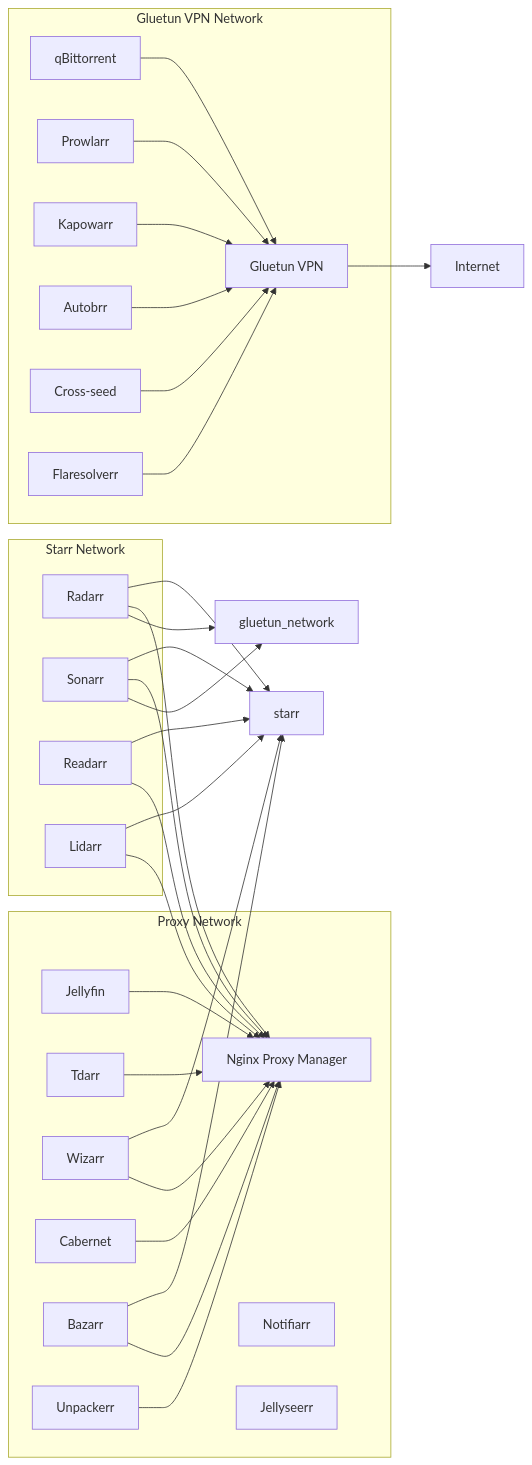
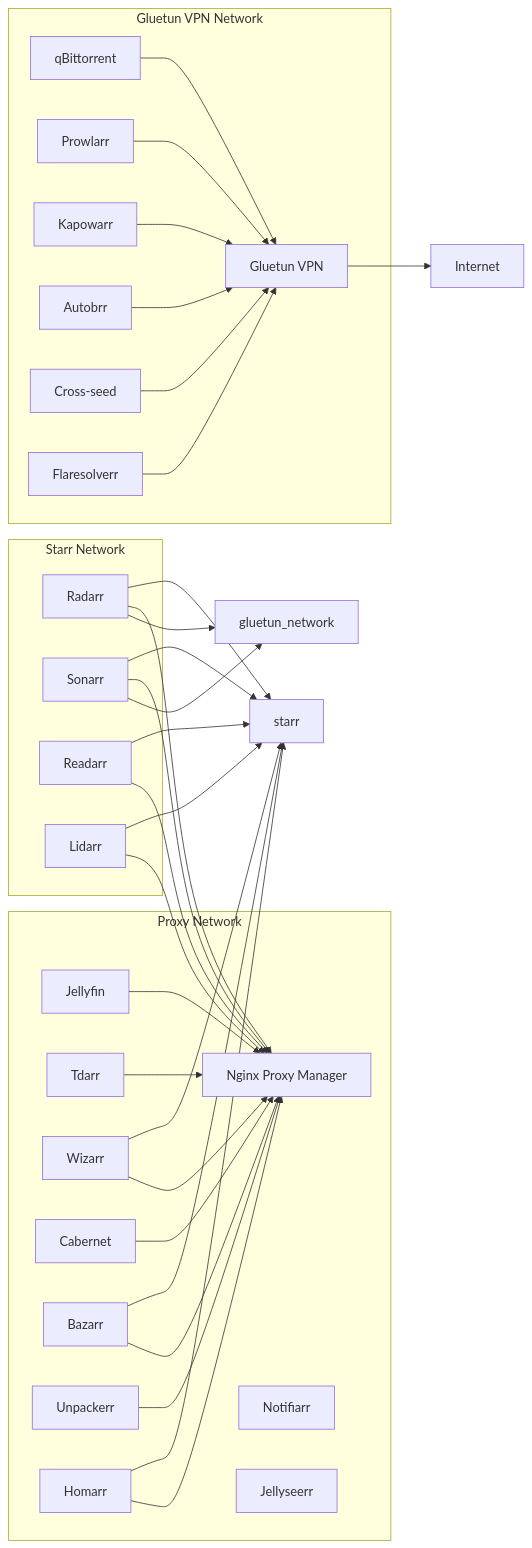
The diagram in README.md (Bwithnewcast/ultimate-jellyfin-stack), drawn with Mermaid before and after one commit. The commit also changed other lines of this file, not shown here.

````diff
--- a/README.md
+++ b/README.md
@@ -10,61 +10,65 @@
 ```mermaid
 graph LR
   subgraph Proxy Network
     proxy[Nginx Proxy Manager]
     notifiarr[Notifiarr]
     jellyfin[Jellyfin]
     tdarr[Tdarr]
     wizarr[Wizarr]
     cabernet[Cabernet]
     bazarr[Bazarr]
     jellyseerr[Jellyseerr]
     unpackerr[Unpackerr]
+    homarr[Homarr]
   end
 
   subgraph Starr Network
     radarr[Radarr]
     sonarr[Sonarr]
     readarr[Readarr]
     lidarr[Lidarr]
     bazarr
     wizarr
+    homarr
   end
 
   subgraph Gluetun VPN Network
     gluetun[Gluetun VPN]
     qbittorrent[qBittorrent]
     prowlarr[Prowlarr]
     kapowarr[Kapowarr]
     autobrr[Autobrr]
     crossseed[Cross-seed]
     flaresolverr[Flaresolverr]
   end
 
   gluetun --> Internet[Internet]
 
   qbittorrent --> gluetun
   prowlarr --> gluetun
   kapowarr --> gluetun
   autobrr --> gluetun
   crossseed --> gluetun
   flaresolverr --> gluetun
 
   jellyfin --> proxy
   radarr --> starr
   radarr --> proxy
   radarr --> gluetun_network
   sonarr --> starr
   sonarr --> proxy
   sonarr --> gluetun_network
   readarr --> starr
   readarr --> proxy
   lidarr --> starr
   lidarr --> proxy
   bazarr --> starr
   bazarr --> proxy
   tdarr --> proxy
   wizarr --> starr
   wizarr --> proxy
+  homarr --> starr
+  homarr --> proxy
   cabernet --> proxy
   unpackerr --> proxy
 ```
````
